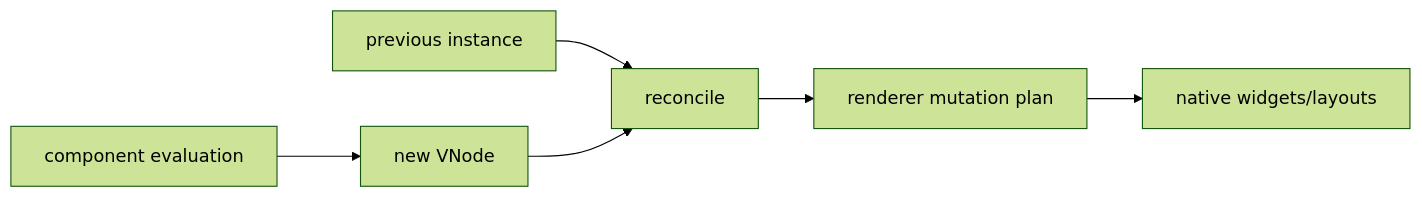
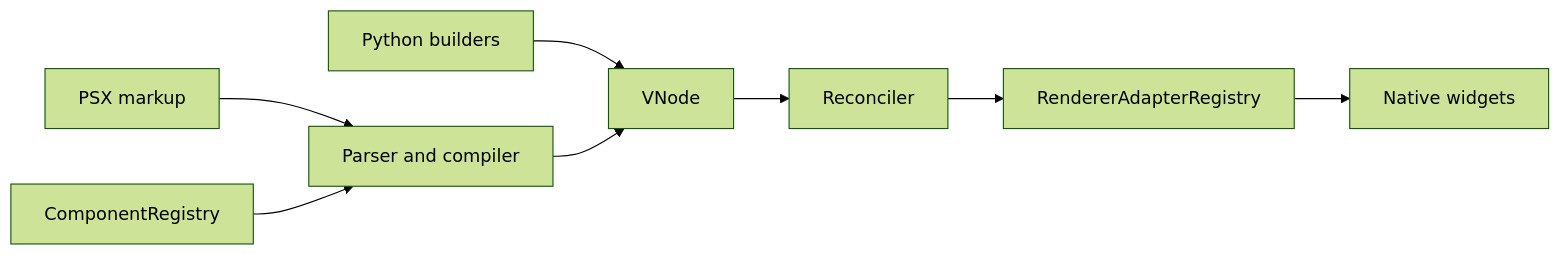
The first of 4 diagrams in docs/architecture.md (Neuri-AI/PSX), drawn with Mermaid (forest theme) before and after one commit. The commit also changed other lines of this file and 71 other files, not shown here.

First line of the commit message:
feat: Introduce plugin architecture and component adapters

````diff
--- a/docs/architecture.md
+++ b/docs/architecture.md
@@ -63,8 +5,10 @@
 ```mermaid
 flowchart LR
-  A[component evaluation] --> B[new VNode]
-  O[previous instance] --> C[reconcile]
-  B --> C
-  C --> D[renderer mutation plan]
-  D --> E[native widgets/layouts]
+  P[Python builders] --> V[VNode]
+  M[PSX markup] --> C[Parser and compiler]
+  G[ComponentRegistry] --> C
+  C --> V
+  V --> R[Reconciler]
+  R --> A[RendererAdapterRegistry]
+  A --> N[Native widgets]
 ```
````
